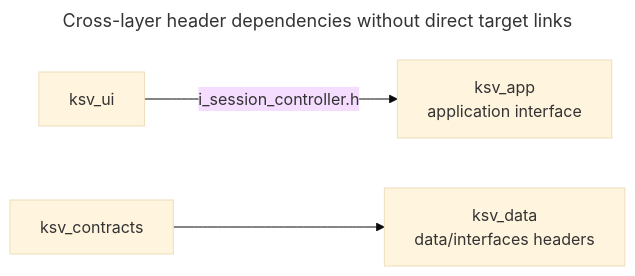
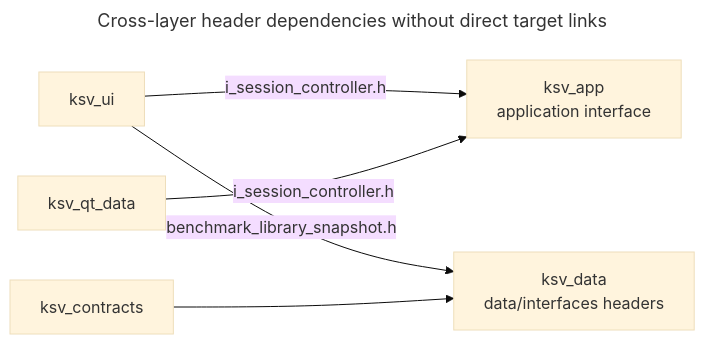
Before and after one commit to Leckatall/KovaaksStatisticsViewer: the second of 2 diagrams in docs/architecture/views/build-and-deployment.md, drawn with Mermaid (base theme). The commit also changed other lines of this file and 79 other files, not shown here.

````diff
--- a/docs/architecture/views/build-and-deployment.md
+++ b/docs/architecture/views/build-and-deployment.md
@@ -45,10 +45,12 @@
 ```mermaid
 ---
 title: Cross-layer header dependencies without direct target links
 ---
 flowchart LR
     accTitle: Cross-layer header dependencies without direct target links
-    accDescr: UI headers include an application interface, and contracts headers include data interfaces, without direct target links for those dependencies.
+    accDescr: UI headers include an application interface and data benchmark vocabulary, qt_data headers include an application interface, and contracts headers include data interfaces, without direct target links for those dependencies.
     UI["ksv_ui"] -->|i_session_controller.h| App["ksv_app<br/>application interface"]
+    UI -->|benchmark_library_snapshot.h| Data
+    QtData["ksv_qt_data"] -->|i_session_controller.h| App
     Contracts["ksv_contracts"] --> Data["ksv_data<br/>data/interfaces headers"]
 ```
````
